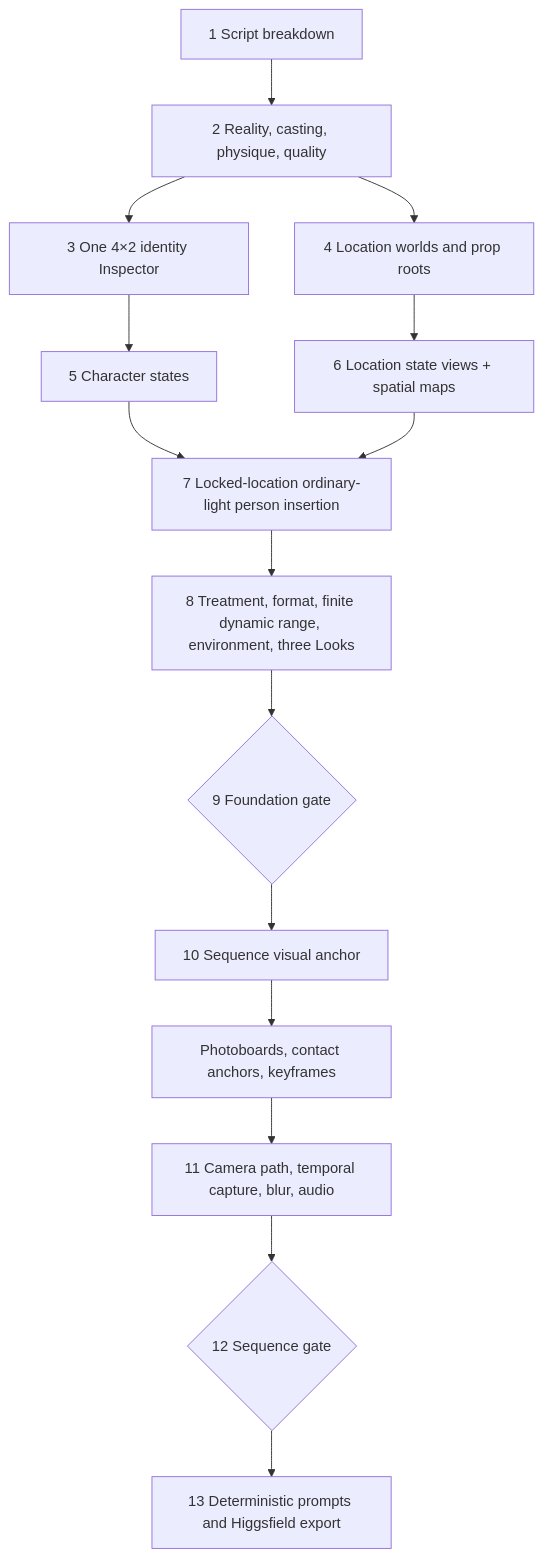
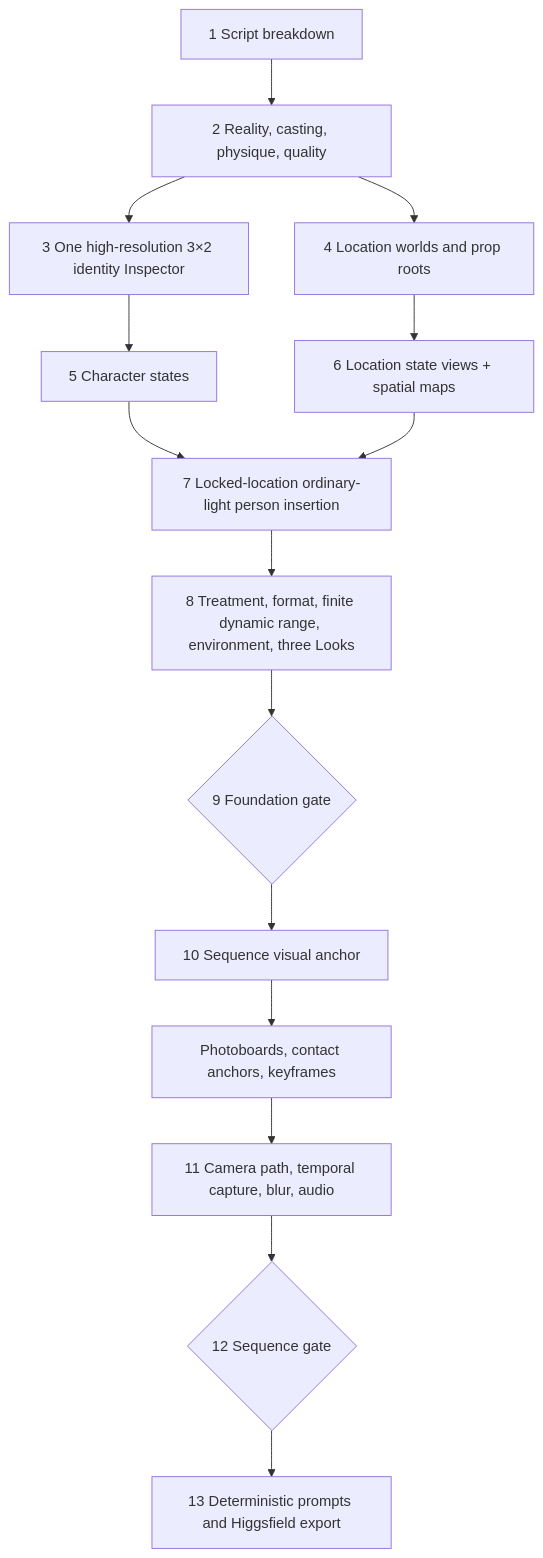
One commit to Hughhhhcoder/cinematic-ai-director changed the diagram in docs/workflow.md. Above: the diagram before and after it, drawn with Mermaid. The commit also changed other lines of this file and 74 other files, not shown here.

Commit message:
feat: add adaptive TVC and high-resolution identity gates

````diff
--- a/docs/workflow.md
+++ b/docs/workflow.md
@@ -3,17 +3,17 @@
 ```mermaid
 flowchart TD
     A[1 Script breakdown] --> B[2 Reality, casting, physique, quality]
-    B --> C[3 One 4×2 identity Inspector]
+    B --> C[3 One high-resolution 3×2 identity Inspector]
     B --> D[4 Location worlds and prop roots]
     C --> E[5 Character states]
     D --> F[6 Location state views + spatial maps]
     E --> P[7 Locked-location ordinary-light person insertion]
     F --> P
     P --> G[8 Treatment, format, finite dynamic range, environment, three Looks]
     G --> H{9 Foundation gate}
     H --> I[10 Sequence visual anchor]
     I --> J[Photoboards, contact anchors, keyframes]
     J --> K[11 Camera path, temporal capture, blur, audio]
     K --> L{12 Sequence gate}
     L --> M[13 Deterministic prompts and Higgsfield export]
 ```
````
